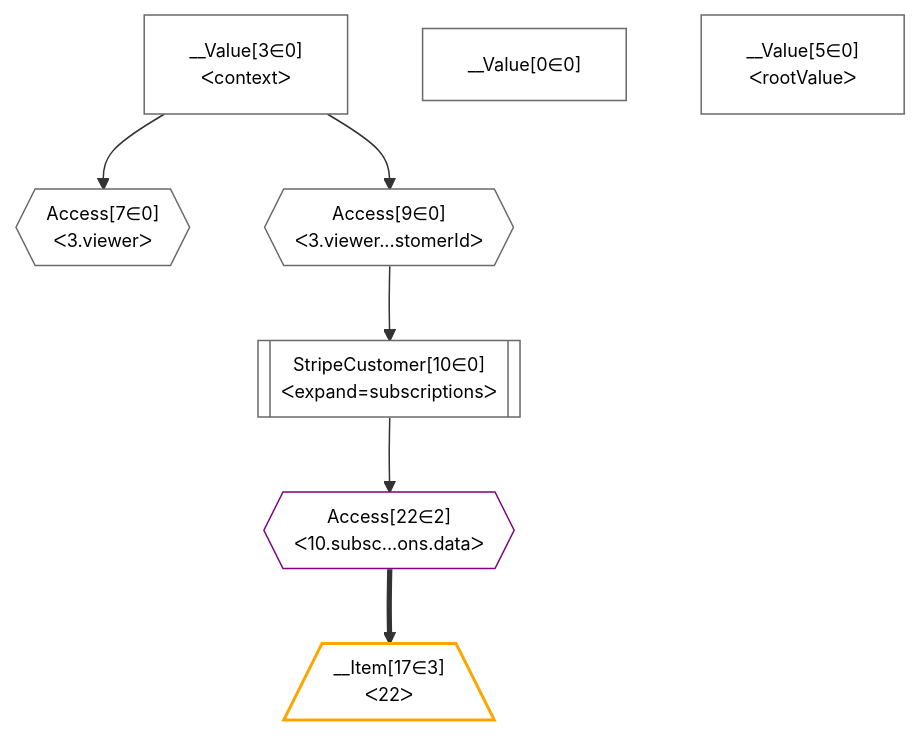
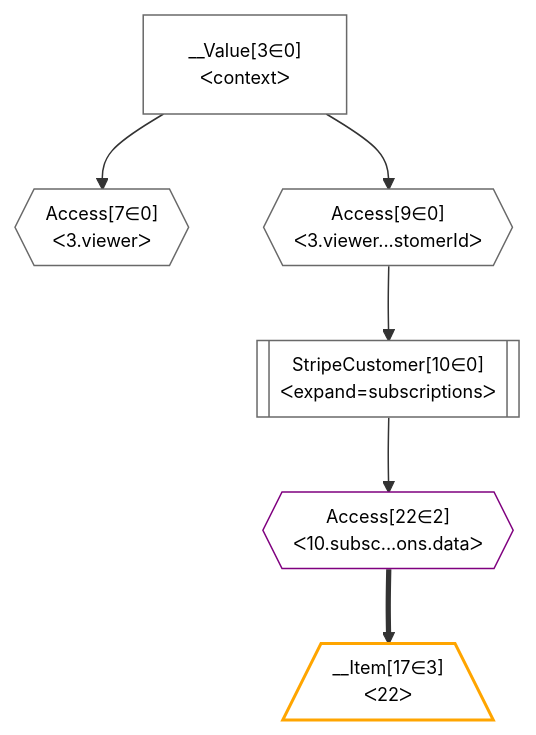
One commit to benjie/grafast-stripe-example changed the third of 3 diagrams in README.md. Above: the diagram before and after it, drawn with Mermaid. The commit also changed other lines of this file, not shown here.

Commit message:
Remove extraneous nodes

````diff
--- a/README.md
+++ b/README.md
@@ -111,37 +109,35 @@
 ```mermaid
 %%{init: {'themeVariables': { 'fontSize': '12px'}}}%%
 flowchart TD
     classDef path fill:#eee,stroke:#000,color:#000
     classDef plan fill:#fff,stroke-width:1px,color:#000
     classDef itemplan fill:#fff,stroke-width:2px,color:#000
     classDef unbatchedplan fill:#dff,stroke-width:1px,color:#000
     classDef sideeffectplan fill:#fcc,stroke-width:2px,color:#000
     classDef bucket fill:#f6f6f6,color:#000,stroke-width:2px,text-align:left
 
 
     %% plan dependencies
     Access7{{"Access[7∈0]<br />ᐸ3.viewerᐳ"}}:::plan
     __Value3["__Value[3∈0]<br />ᐸcontextᐳ"]:::plan
     __Value3 --> Access7
     Access9{{"Access[9∈0]<br />ᐸ3.viewer...stomerIdᐳ"}}:::plan
     __Value3 --> Access9
     StripeCustomer10[["StripeCustomer[10∈0]<br />ᐸexpand=subscriptionsᐳ"]]:::plan
     Access9 --> StripeCustomer10
-    __Value0["__Value[0∈0]"]:::plan
-    __Value5["__Value[5∈0]<br />ᐸrootValueᐳ"]:::plan
     Access22{{"Access[22∈2]<br />ᐸ10.subsc...ons.dataᐳ"}}:::plan
     StripeCustomer10 --> Access22
     __Item17[/"__Item[17∈3]<br />ᐸ22ᐳ"\]:::itemplan
     Access22 ==> __Item17
 
     %% define steps
 
     classDef bucket0 stroke:#696969
-    class Bucket0,__Value0,__Value3,__Value5,Access7,Access9,StripeCustomer10 bucket0
+    class Bucket0,__Value3,Access7,Access9,StripeCustomer10 bucket0
     classDef bucket1 stroke:#00bfff
     class Bucket1 bucket1
     classDef bucket2 stroke:#7f007f
     class Bucket2,Access22 bucket2
     classDef bucket3 stroke:#ffa500
     class Bucket3,__Item17 bucket3
 ```
````
